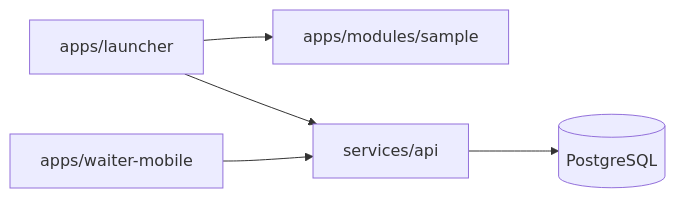
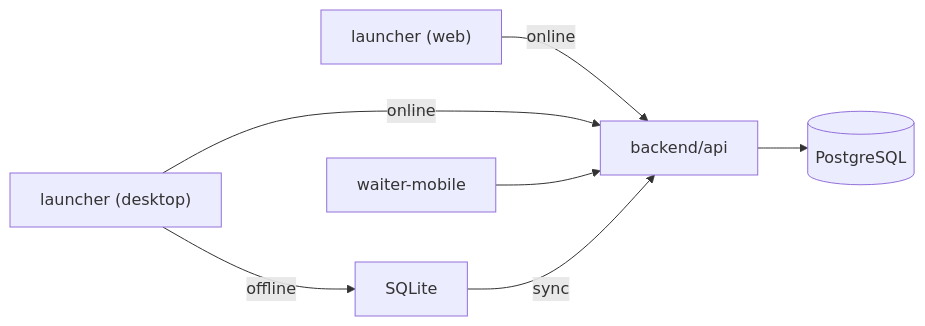
The diagram in docs/project-structure.md (basir2353/Desktop-application-Multiple-System), drawn with Mermaid before and after one commit. The commit also changed other lines of this file and 149 other files, not shown here.

````diff
--- a/docs/project-structure.md
+++ b/docs/project-structure.md
@@ -68,13 +18,15 @@
 ```mermaid
 flowchart LR
-  Launcher["apps/launcher"]
-  Waiter["apps/waiter-mobile"]
-  Sample["apps/modules/sample"]
-  API["services/api"]
+  Web["launcher (web)"]
+  Desktop["launcher (desktop)"]
+  Mobile["waiter-mobile"]
+  API["backend/api"]
   PG[(PostgreSQL)]
 
-  Waiter --> API
-  Launcher --> API
-  Launcher --> Sample
+  Web -->|online| API
+  Desktop -->|online| API
+  Desktop -->|offline| SQLite
+  Mobile --> API
   API --> PG
+  SQLite -->|sync| API
 ```
````
